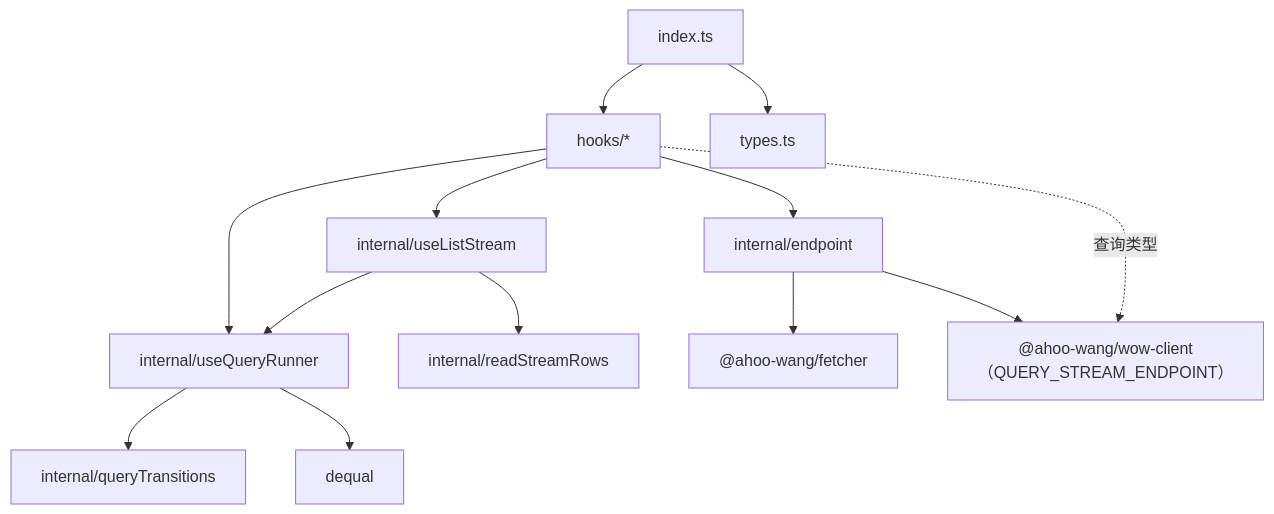
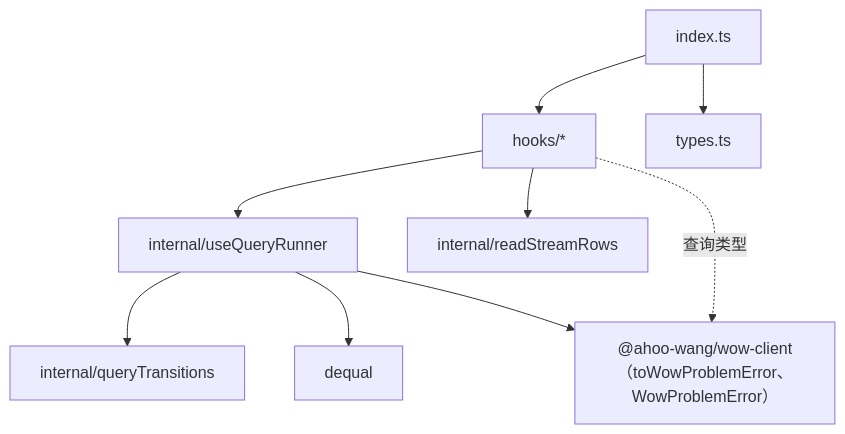
Before and after one commit to Ahoo-Wang/Wow: the diagram in typescript/wow-react/docs/design/architecture.md, drawn with Mermaid. The commit also changed other lines of this file and 21 other files, not shown here.

Commit message:
docs(wow-react): the hooks over a client, cursor, aggregate, position and problem; no fetcher peer (D353 V7)

````diff
--- a/typescript/wow-react/docs/design/architecture.md
+++ b/typescript/wow-react/docs/design/architecture.md
@@ -33,14 +31,10 @@
 ```mermaid
 graph TD
   index[index.ts] --> hooks & types[types.ts]
   hooks[hooks/*] --> runner[internal/useQueryRunner]
-  hooks --> stream[internal/useListStream]
-  hooks --> endpoint[internal/endpoint]
-  stream --> runner
-  stream --> rows[internal/readStreamRows]
+  hooks --> rows[internal/readStreamRows]
   runner --> transitions[internal/queryTransitions]
   runner --> dequal
-  endpoint --> fetcher["@ahoo-wang/fetcher"]
-  endpoint --> client["@ahoo-wang/wow-client（QUERY_STREAM_ENDPOINT）"]
+  runner --> client["@ahoo-wang/wow-client（toWowProblemError、WowProblemError）"]
   hooks -. 查询类型 .-> client
 ```
````
